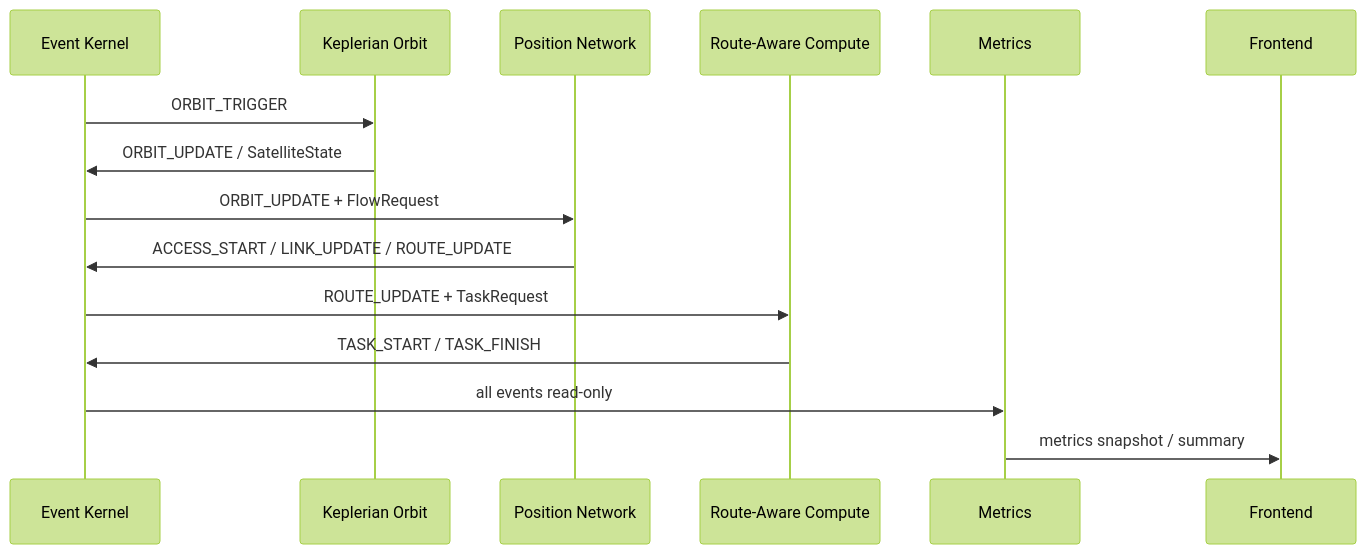
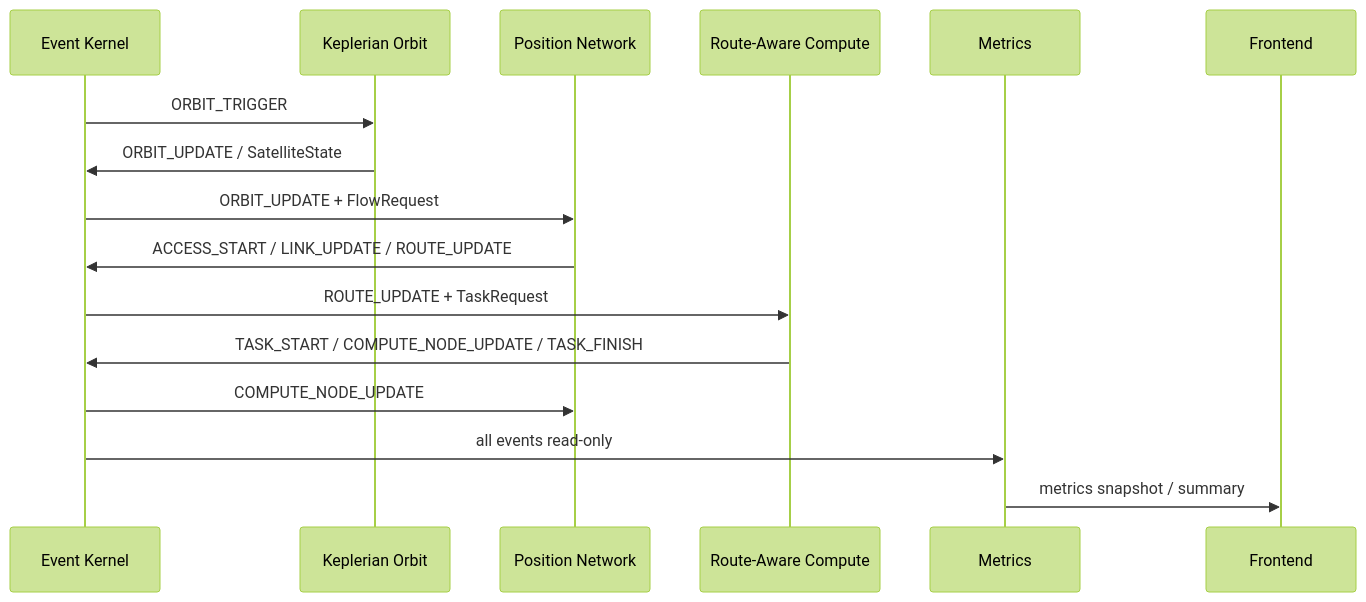
The second of 2 diagrams in docs/full_system_architecture.md (nuaasgq/leo-twin), drawn with Mermaid (forest theme) before and after one commit. The commit also changed other lines of this file and 7 other files, not shown here.

````diff
--- a/docs/full_system_architecture.md
+++ b/docs/full_system_architecture.md
@@ -78,18 +78,19 @@
 ```mermaid
 sequenceDiagram
     participant K as Event Kernel
     participant O as Keplerian Orbit
     participant N as Position Network
     participant C as Route-Aware Compute
     participant M as Metrics
     participant F as Frontend
 
     K->>O: ORBIT_TRIGGER
     O->>K: ORBIT_UPDATE / SatelliteState
     K->>N: ORBIT_UPDATE + FlowRequest
     N->>K: ACCESS_START / LINK_UPDATE / ROUTE_UPDATE
     K->>C: ROUTE_UPDATE + TaskRequest
-    C->>K: TASK_START / TASK_FINISH
+    C->>K: TASK_START / COMPUTE_NODE_UPDATE / TASK_FINISH
+    K->>N: COMPUTE_NODE_UPDATE
     K->>M: all events read-only
     M->>F: metrics snapshot / summary
 ```
````
